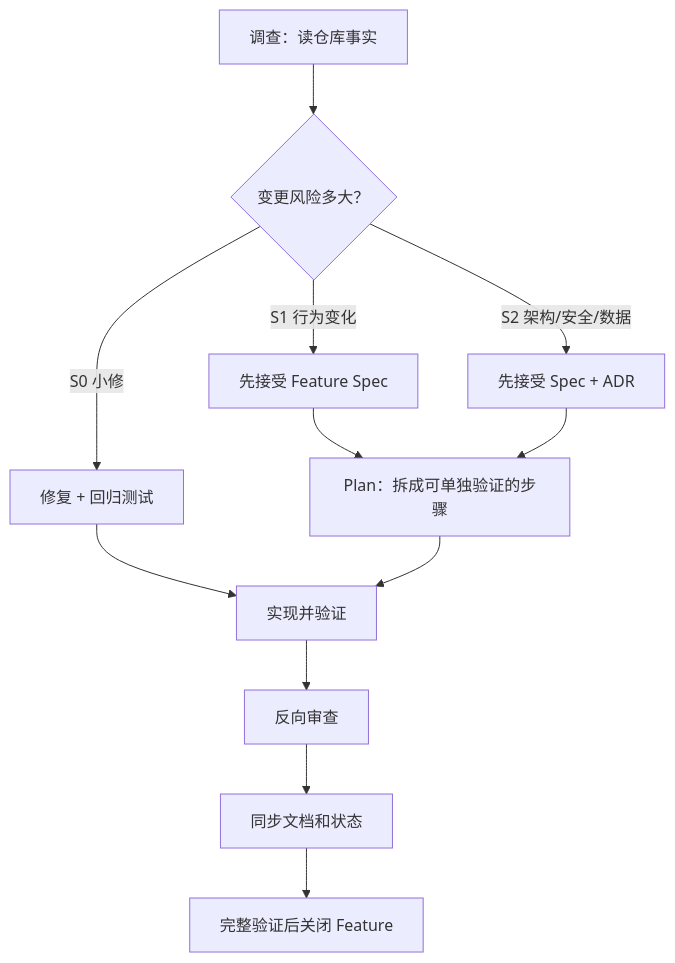
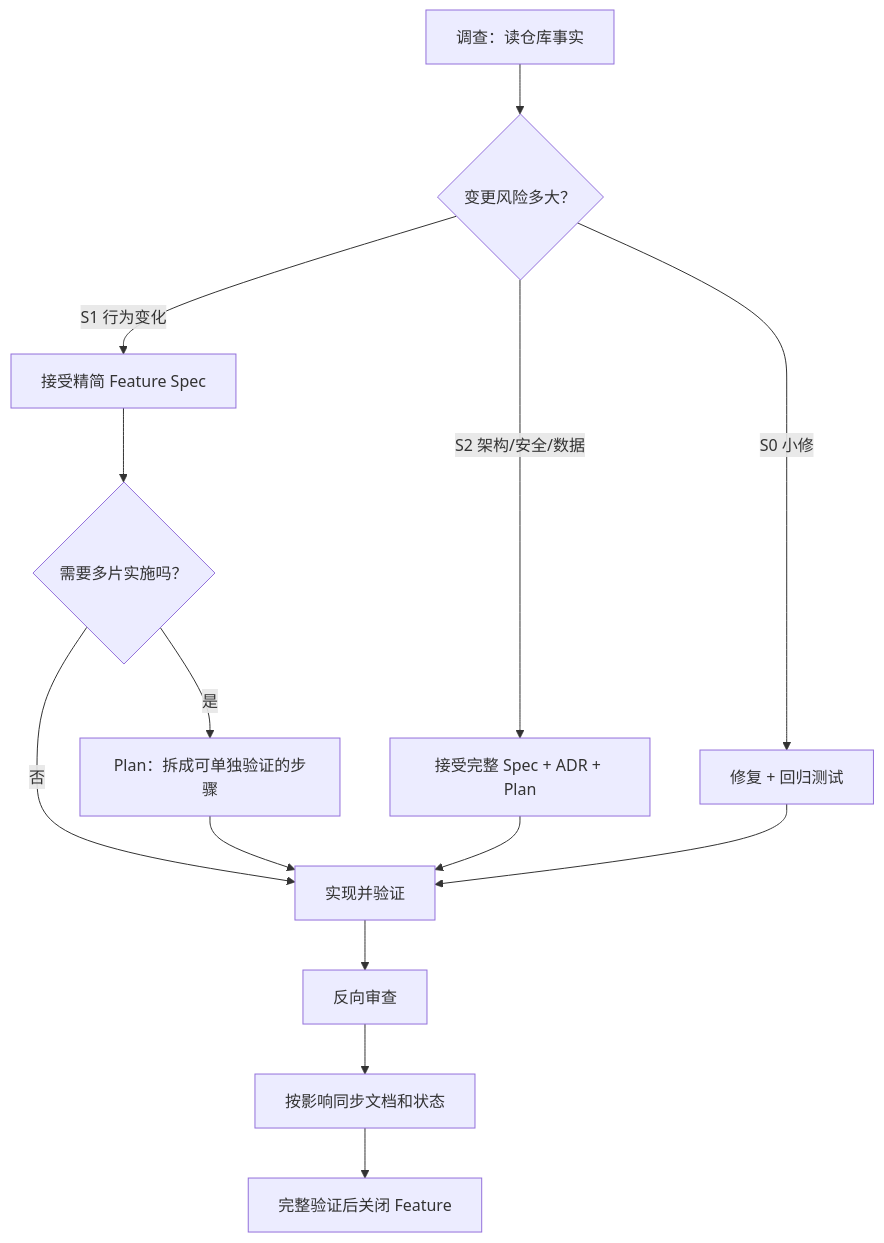
The diagram in docs/development/ai-development-sop.md (CherryYang05/BearAgent), drawn with Mermaid before and after one commit. The commit also changed other lines of this file and 27 other files, not shown here.

````diff
--- a/docs/development/ai-development-sop.md
+++ b/docs/development/ai-development-sop.md
@@ -31,14 +29,16 @@
 ```mermaid
 flowchart TB
     A["调查：读仓库事实"] --> B{"变更风险多大？"}
     B -->|"S0 小修"| C["修复 + 回归测试"]
-    B -->|"S1 行为变化"| D["先接受 Feature Spec"]
-    B -->|"S2 架构/安全/数据"| E["先接受 Spec + ADR"]
-    D --> F["Plan：拆成可单独验证的步骤"]
-    E --> F
-    C --> G["实现并验证"]
-    F --> G
+    B -->|"S1 行为变化"| D["接受精简 Feature Spec"]
+    B -->|"S2 架构/安全/数据"| E["接受完整 Spec + ADR + Plan"]
+    D --> F{"需要多片实施吗？"}
+    F -->|"是"| P["Plan：拆成可单独验证的步骤"]
+    F -->|"否"| G["实现并验证"]
+    P --> G
+    E --> G
+    C --> G
     G --> H["反向审查"]
-    H --> I["同步文档和状态"]
+    H --> I["按影响同步文档和状态"]
     I --> J["完整验证后关闭 Feature"]
 ```
````
